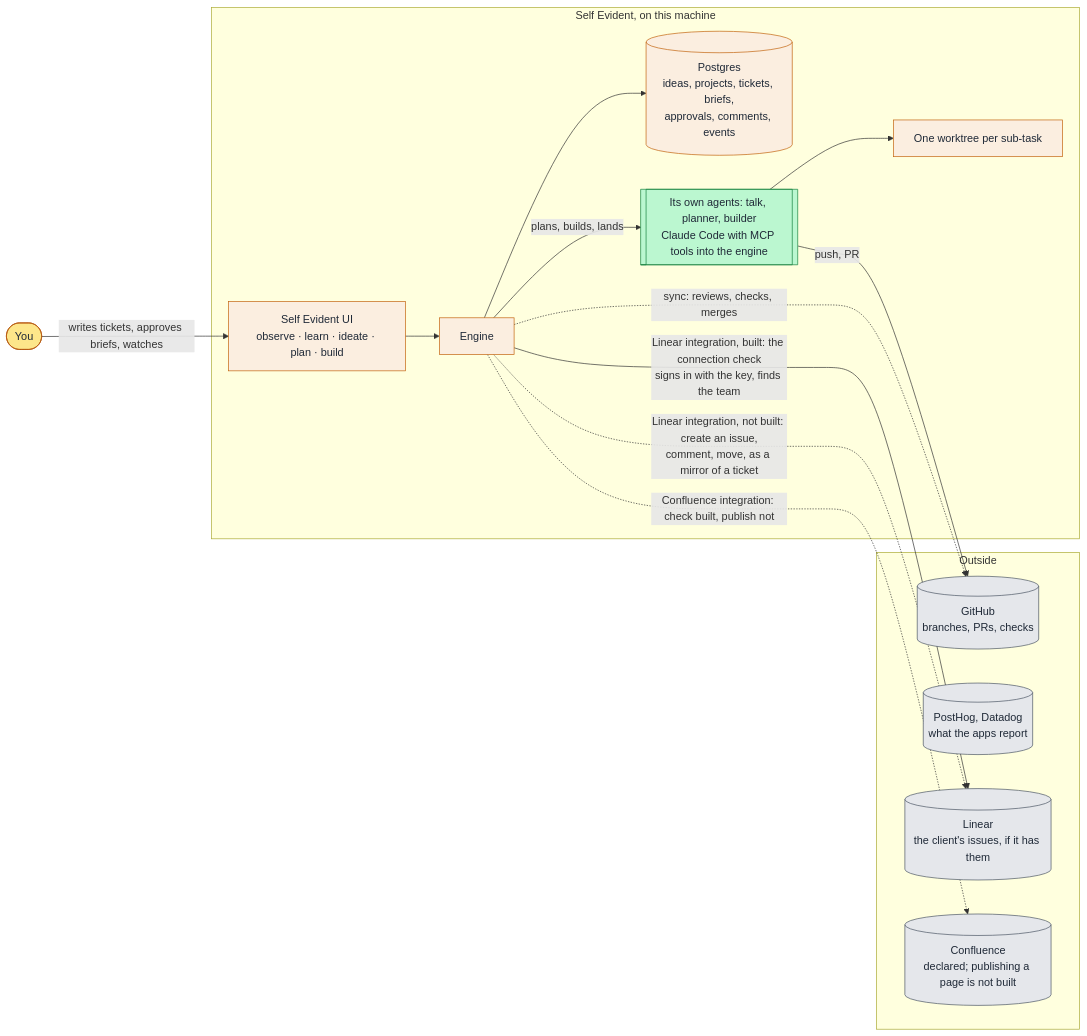
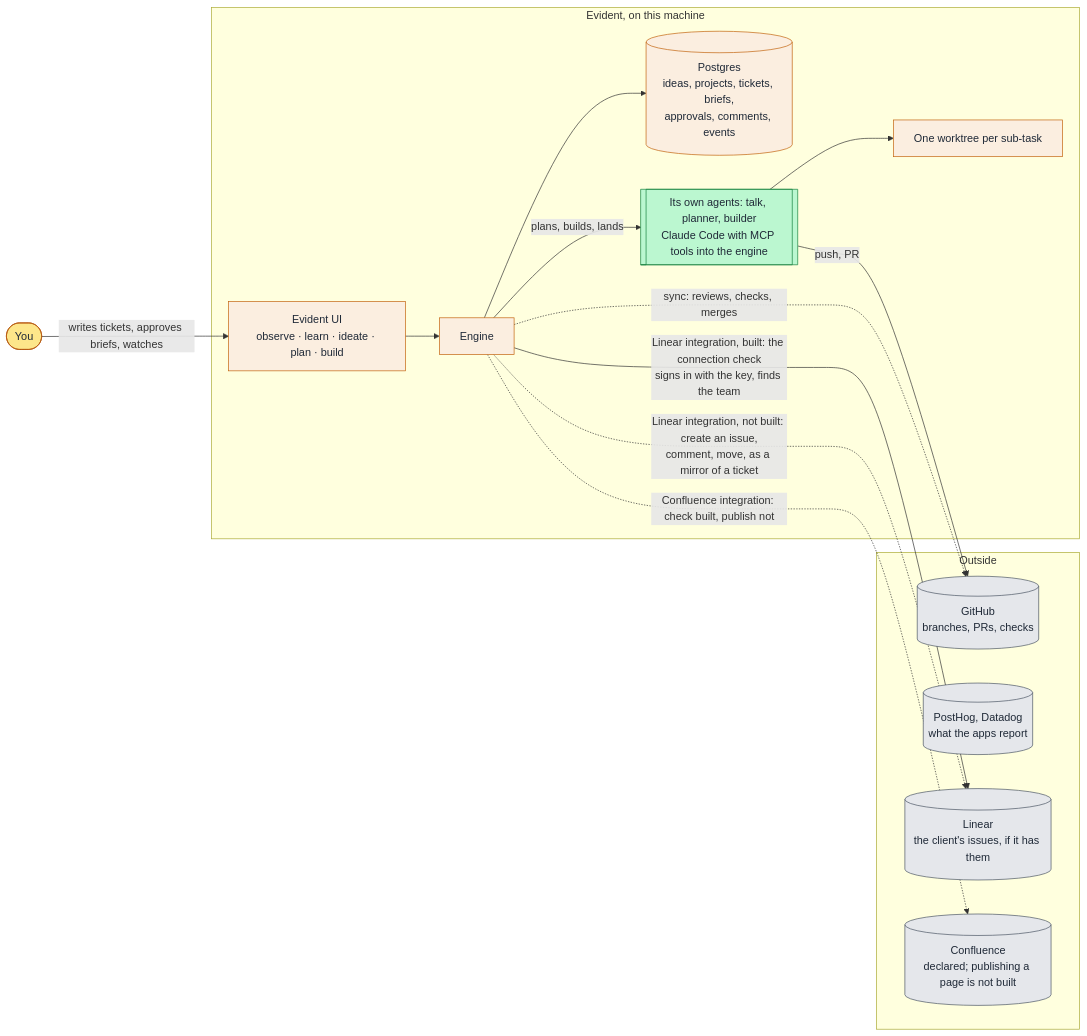
The first of 3 diagrams in docs/what-owns-what.md (infinitedusky/self-evident), drawn with Mermaid before and after one commit. The commit also changed other lines of this file and 97 other files, not shown here.

````diff
--- a/docs/what-owns-what.md
+++ b/docs/what-owns-what.md
@@ -12,34 +12,34 @@
 ```mermaid
 flowchart LR
   you([You])
-  subgraph se[Self Evident, on this machine]
-    ui[Self Evident UI<br/>observe · learn · ideate · plan · build]
+  subgraph se[Evident, on this machine]
+    ui[Evident UI<br/>observe · learn · ideate · plan · build]
     engine[Engine]
     db[(Postgres<br/>ideas, projects, tickets, briefs,<br/>approvals, comments, events)]
     agents[[Its own agents: talk, planner, builder<br/>Claude Code with MCP tools into the engine]]
     wts[One worktree per sub-task]
   end
   subgraph out[Outside]
     gh[(GitHub<br/>branches, PRs, checks)]
     tel[(PostHog, Datadog<br/>what the apps report)]
     lin[(Linear<br/>the client's issues, if it has them)]
     conf[(Confluence<br/>declared; publishing a page is not built)]
   end
   you -->|writes tickets, approves briefs, watches| ui
   ui --> engine --> db
   engine -->|plans, builds, lands| agents --> wts
   agents -->|push, PR| gh
   engine -.->|sync: reviews, checks, merges| gh
   engine -->|Linear integration, built: the connection check<br/>signs in with the key, finds the team| lin
   engine -.->|Linear integration, not built: create an issue,<br/>comment, move, as a mirror of a ticket| lin
   engine -.->|Confluence integration: check built, publish not| conf
 
   classDef you fill:#fde68a,stroke:#b45309,color:#1f2937
   classDef se fill:#fbeee0,stroke:#c2620b,color:#1f2937
   classDef skill fill:#bbf7d0,stroke:#15803d,color:#1f2937
   classDef ext fill:#e5e7eb,stroke:#4b5563,color:#1f2937
   class you you
   class ui,engine,db,wts se
   class agents skill
   class gh,tel,lin,conf ext
 ```
````
